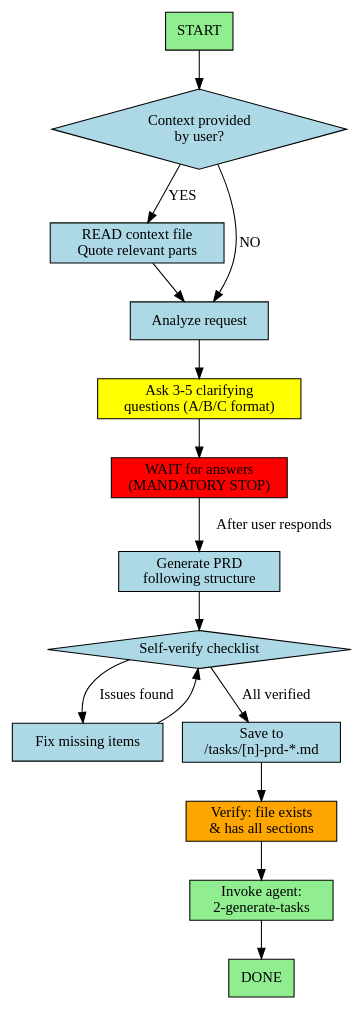
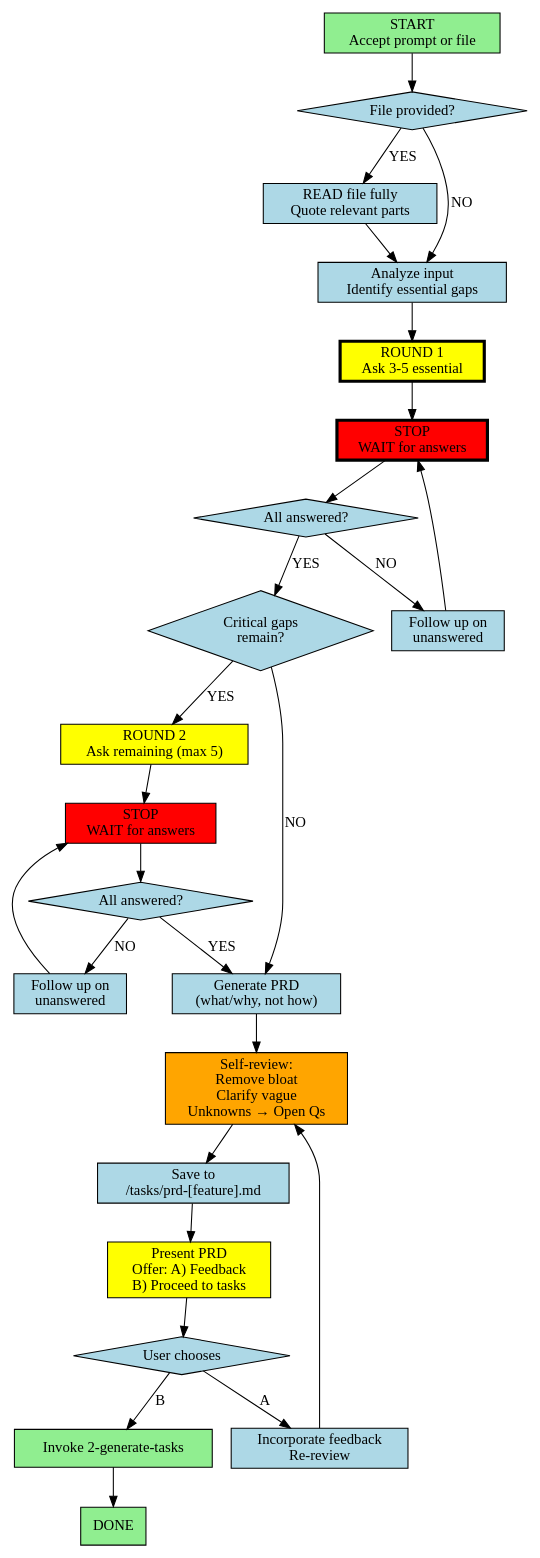
One commit to amrhas82/agentic-toolkit changed the diagram in ai/subagentic/ampcode/agents/1-create-prd.md. Above: the diagram before and after it, drawn with Graphviz. The commit also changed other lines of this file and 64 other files, not shown here.

````diff
--- a/ai/subagentic/ampcode/agents/1-create-prd.md
+++ b/ai/subagentic/ampcode/agents/1-create-prd.md
@@ -13,35 +13,57 @@
 ```dot
 digraph CreatePRD {
   rankdir=TB;
   node [shape=box, style=filled, fillcolor=lightblue];
 
-  start [label="START", fillcolor=lightgreen];
-  context_given [label="Context provided\nby user?", shape=diamond];
-  read_context [label="READ context file\nQuote relevant parts"];
-  analyze [label="Analyze request"];
-  ask_questions [label="Ask 3-5 clarifying\nquestions (A/B/C format)", fillcolor=yellow];
-  wait_answers [label="WAIT for answers\n(MANDATORY STOP)", fillcolor=red];
-  generate_prd [label="Generate PRD\nfollowing structure"];
-  self_verify [label="Self-verify checklist", shape=diamond];
-  fix_issues [label="Fix missing items"];
-  save [label="Save to\n/tasks/[n]-prd-*.md"];
-  verify_file [label="Verify: file exists\n& has all sections", fillcolor=orange];
-  invoke_next [label="Invoke agent:\n2-generate-tasks", fillcolor=lightgreen];
+  start [label="START\nAccept prompt or file", fillcolor=lightgreen];
+  has_file [label="File provided?", shape=diamond];
+  read_file [label="READ file fully\nQuote relevant parts"];
+  analyze [label="Analyze input\nIdentify essential gaps"];
+
+  round1 [label="ROUND 1\nAsk 3-5 essential", fillcolor=yellow, penwidth=3];
+  wait1 [label="STOP\nWAIT for answers", fillcolor=red, penwidth=3];
+  all1 [label="All answered?", shape=diamond];
+  followup1 [label="Follow up on\nunanswered"];
+  more_gaps [label="Critical gaps\nremain?", shape=diamond];
+  round2 [label="ROUND 2\nAsk remaining (max 5)", fillcolor=yellow];
+  wait2 [label="STOP\nWAIT for answers", fillcolor=red];
+  all2 [label="All answered?", shape=diamond];
+  followup2 [label="Follow up on\nunanswered"];
+
+  generate [label="Generate PRD\n(what/why, not how)"];
+  review [label="Self-review:\nRemove bloat\nClarify vague\nUnknowns → Open Qs", fillcolor=orange];
+  save [label="Save to\n/tasks/prd-[feature].md"];
+
+  present [label="Present PRD\nOffer: A) Feedback\nB) Proceed to tasks", fillcolor=yellow];
+  user_choice [label="User chooses", shape=diamond];
+  incorporate [label="Incorporate feedback\nRe-review"];
+  next [label="Invoke 2-generate-tasks", fillcolor=lightgreen];
   done [label="DONE", fillcolor=lightgreen];
 
-  start -> context_given;
-  context_given -> read_context [label="YES"];
-  context_given -> analyze [label="NO"];
-  read_context -> analyze;
-  analyze -> ask_questions;
-  ask_questions -> wait_answers;
-  wait_answers -> generate_prd [label="After user responds"];
-  generate_prd -> self_verify;
-  self_verify -> fix_issues [label="Issues found"];
-  self_verify -> save [label="All verified"];
-  fix_issues -> self_verify;
-  save -> verify_file;
-  verify_file -> invoke_next;
-  invoke_next -> done;
+  start -> has_file;
+  has_file -> read_file [label="YES"];
+  has_file -> analyze [label="NO"];
+  read_file -> analyze;
+  analyze -> round1;
+  round1 -> wait1;
+  wait1 -> all1;
+  all1 -> followup1 [label="NO"];
+  all1 -> more_gaps [label="YES"];
+  followup1 -> wait1;
+  more_gaps -> round2 [label="YES"];
+  more_gaps -> generate [label="NO"];
+  round2 -> wait2;
+  wait2 -> all2;
+  all2 -> followup2 [label="NO"];
+  all2 -> generate [label="YES"];
+  followup2 -> wait2;
+  generate -> review;
+  review -> save;
+  save -> present;
+  present -> user_choice;
+  user_choice -> incorporate [label="A"];
+  user_choice -> next [label="B"];
+  incorporate -> review;
+  next -> done;
 }
 ```
````
